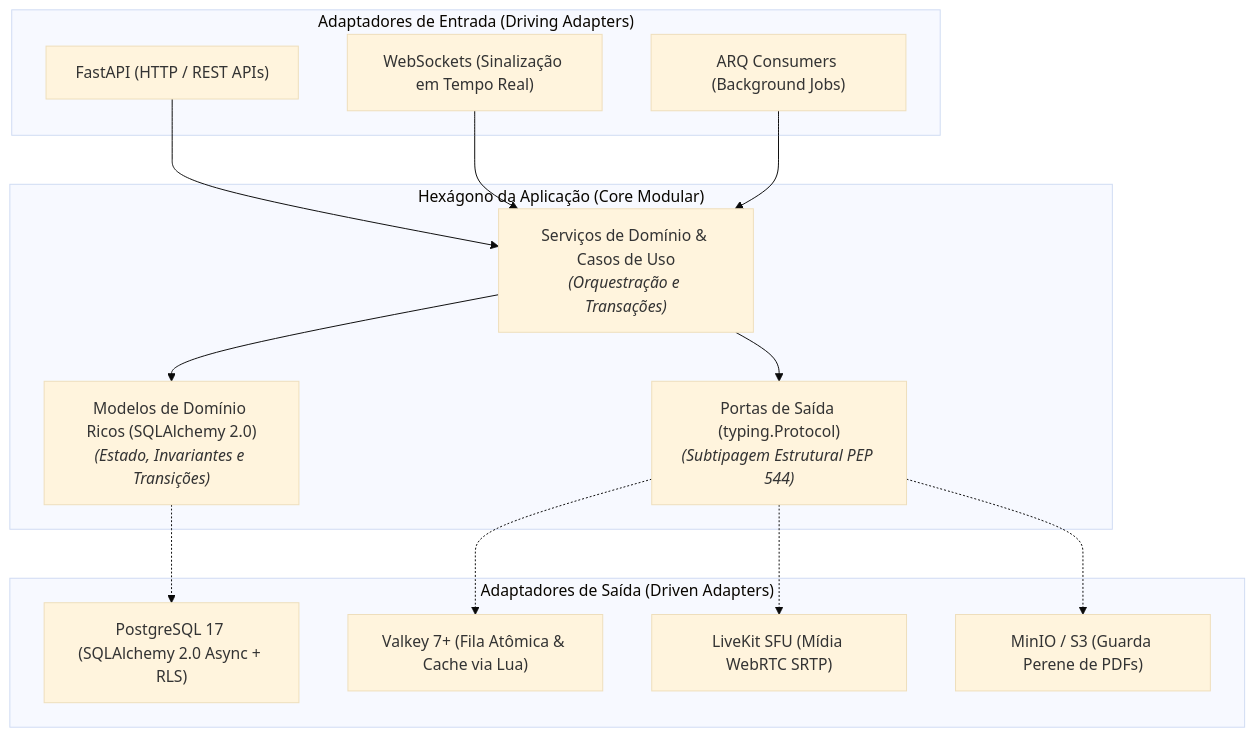
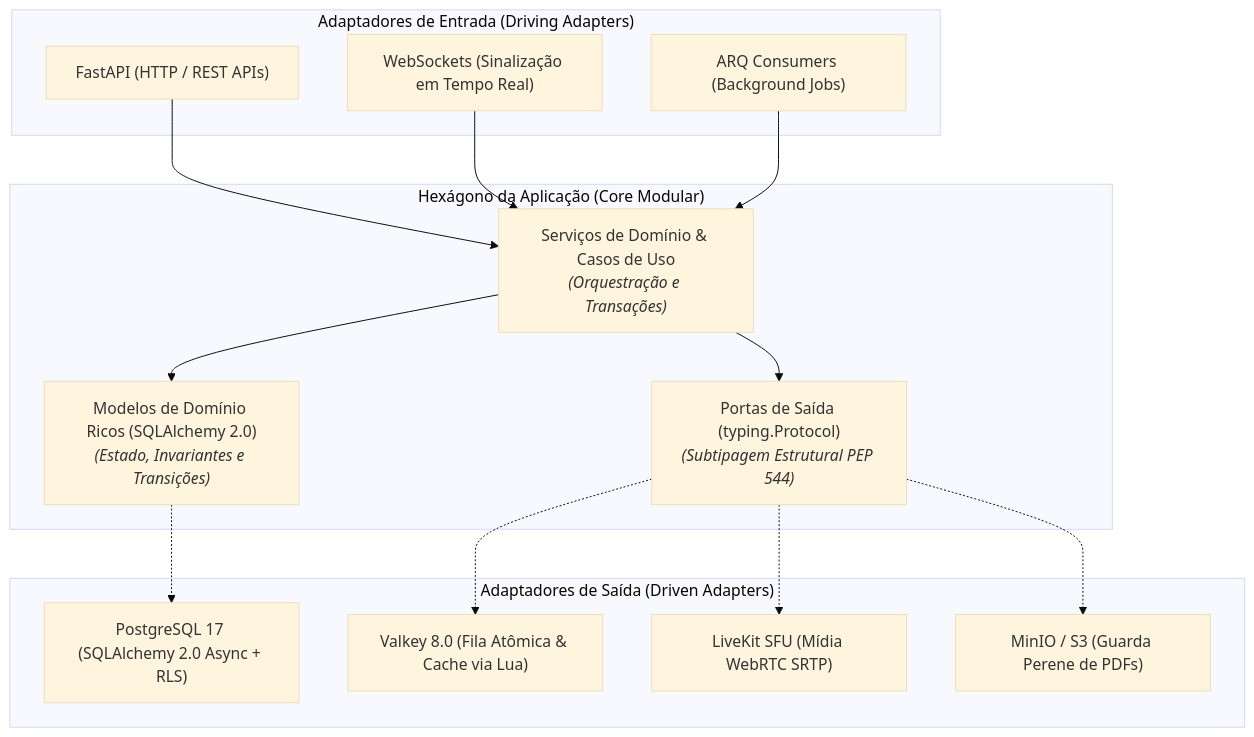
Before and after one commit to Rafaelp122/medisync: the first of 3 diagrams in docs/explanation/architecture/overview.md, drawn with Mermaid (base theme). The commit also changed other lines of this file and 9 other files, not shown here.

````diff
--- a/docs/explanation/architecture/overview.md
+++ b/docs/explanation/architecture/overview.md
@@ -29,31 +29,31 @@
 ```mermaid
 flowchart TD
     subgraph DrivingAdapters["Adaptadores de Entrada (Driving Adapters)"]
         HTTP["FastAPI (HTTP / REST APIs)"]
         WS["WebSockets (Sinalização em Tempo Real)"]
         Worker["ARQ Consumers (Background Jobs)"]
     end
 
     subgraph Hexagon["Hexágono da Aplicação (Core Modular)"]
         Services["Serviços de Domínio & Casos de Uso<br/><i>(Orquestração e Transações)</i>"]
         RichModels["Modelos de Domínio Ricos (SQLAlchemy 2.0)<br/><i>(Estado, Invariantes e Transições)</i>"]
         OutPorts["Portas de Saída (typing.Protocol)<br/><i>(Subtipagem Estrutural PEP 544)</i>"]
         Services --> RichModels
         Services --> OutPorts
     end
 
     subgraph DrivenAdapters["Adaptadores de Saída (Driven Adapters)"]
         Postgres["PostgreSQL 17 (SQLAlchemy 2.0 Async + RLS)"]
-        Valkey["Valkey 7+ (Fila Atômica & Cache via Lua)"]
+        Valkey["Valkey 8.0 (Fila Atômica & Cache via Lua)"]
         LiveKit["LiveKit SFU (Mídia WebRTC SRTP)"]
         S3["MinIO / S3 (Guarda Perene de PDFs)"]
     end
 
     HTTP --> Services
     WS --> Services
     Worker --> Services
     RichModels -.-> Postgres
     OutPorts -.-> Valkey
     OutPorts -.-> LiveKit
     OutPorts -.-> S3
 ```
````
